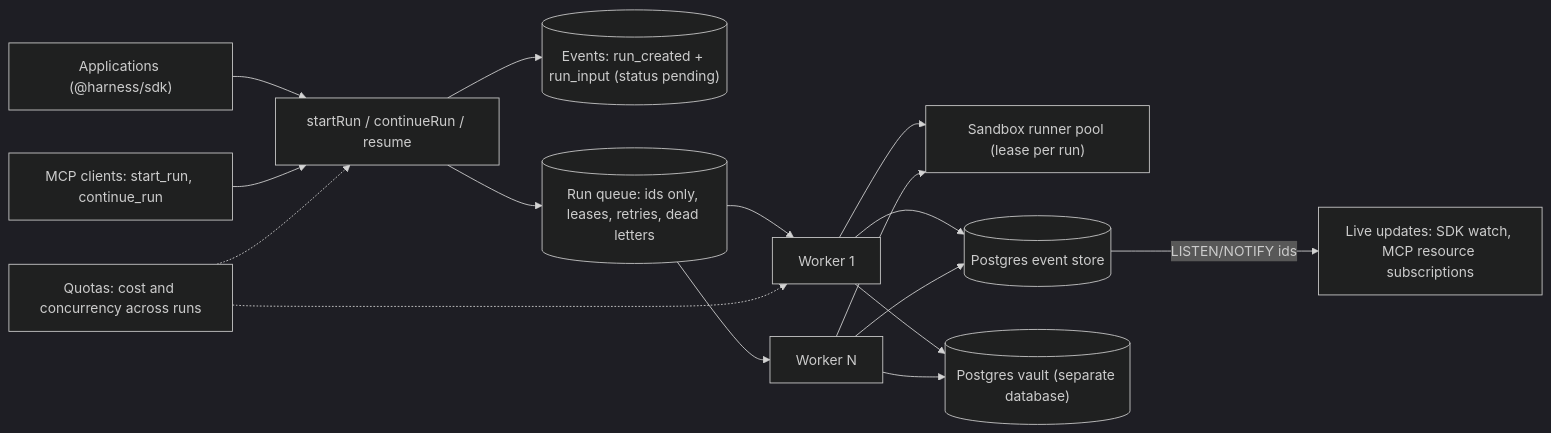
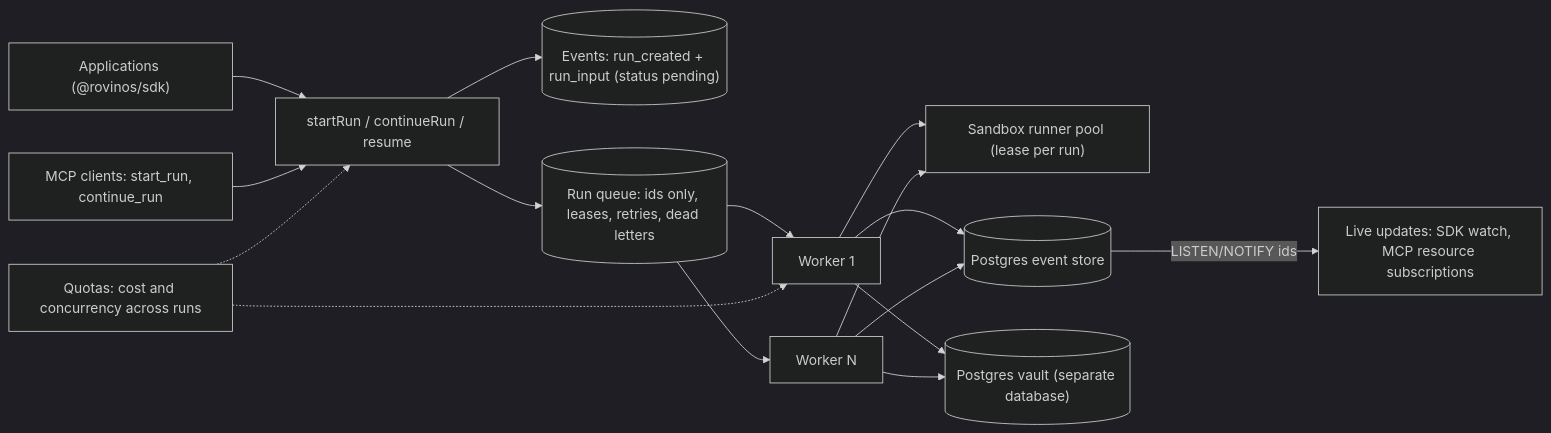
Diagram 13 of 18 in README.md (Rovinos-AI/rovinos-ai-harness), drawn with Mermaid (dark theme) before and after one commit. The commit also changed other lines of this file and 852 other files, not shown here.

````diff
--- a/README.md
+++ b/README.md
@@ -676,18 +676,18 @@
 ```mermaid
 flowchart LR
-  APPS["Applications (@harness/sdk)"] --> ENQ["startRun / continueRun / resume"]
+  APPS["Applications (@rovinos/sdk)"] --> ENQ["startRun / continueRun / resume"]
   MCPCL["MCP clients: start_run, continue_run"] --> ENQ
   ENQ --> EV[("Events: run_created + run_input (status pending)")]
   ENQ --> QUEUE[("Run queue: ids only, leases, retries, dead letters")]
   QUEUE --> W1["Worker 1"]
   QUEUE --> W2["Worker N"]
   W1 --> POOL["Sandbox runner pool (lease per run)"]
   W2 --> POOL
   W1 --> PGS[("Postgres event store")]
   W2 --> PGS
   W1 --> PGV[("Postgres vault (separate database)")]
   W2 --> PGV
   PGS -- "LISTEN/NOTIFY ids" --> LIVE["Live updates: SDK watch, MCP resource subscriptions"]
   QUOTA["Quotas: cost and concurrency across runs"] -.-> ENQ
   QUOTA -.-> W1
 ```
````
